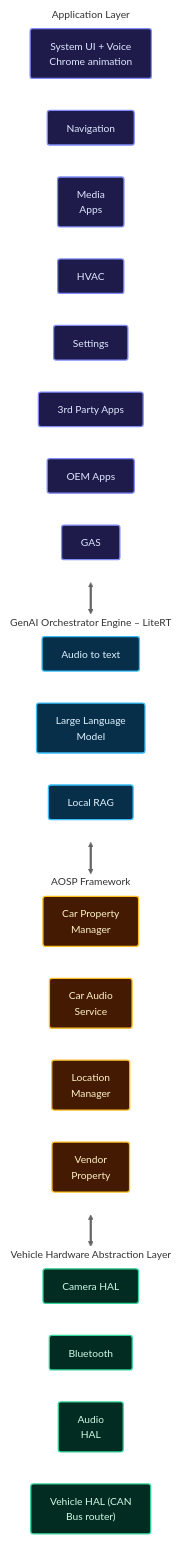
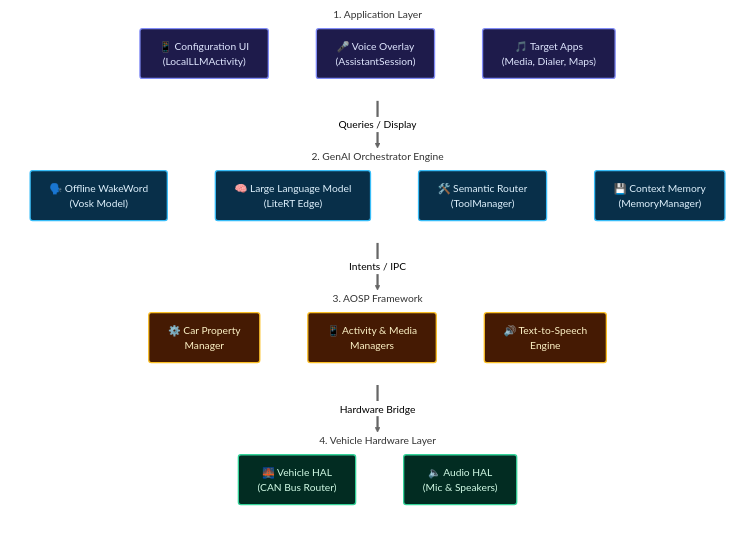
The first of 4 diagrams in ARCHITECTURE.md (hemangpandhi/ai-assistant), drawn with Mermaid (neutral theme) before and after one commit.

Commit message:
docs: fix vertical wrapping bug in mermaid diagram and accurately map project components

````diff
--- a/ARCHITECTURE.md
+++ b/ARCHITECTURE.md
@@ -11,51 +11,48 @@
 ```mermaid
 flowchart TD
     %% Styling to match modern dark-mode automotive interfaces
     classDef appBox fill:#1E1B4B,stroke:#818CF8,stroke-width:2px,color:#E0E7FF,rx:4px,ry:4px;
     classDef genaiBox fill:#082F49,stroke:#38BDF8,stroke-width:2px,color:#E0F2FE,rx:4px,ry:4px;
     classDef aospBox fill:#451A03,stroke:#FBBF24,stroke-width:2px,color:#FEF3C7,rx:4px,ry:4px;
     classDef halBox fill:#022C22,stroke:#34D399,stroke-width:2px,color:#D1FAE5,rx:4px,ry:4px;
     classDef layer fill:transparent,stroke-width:0px;
 
-    subgraph L1 ["Application Layer"]
+    subgraph L1 ["1. Application Layer"]
         direction LR
-        UI["System UI + Voice<br/>Chrome animation"]:::appBox
-        NAV["Navigation"]:::appBox
-        MEDIA["Media<br/>Apps"]:::appBox
-        HVAC["HVAC"]:::appBox
-        SET["Settings"]:::appBox
-        THIRD["3rd Party Apps"]:::appBox
-        OEM["OEM Apps"]:::appBox
-        GAS["GAS"]:::appBox
+        ACT["📱 Configuration UI<br/>(LocalLLMActivity)"]:::appBox
+        SESSION["🎤 Voice Overlay<br/>(AssistantSession)"]:::appBox
+        APPS["🎵 Target Apps<br/>(Media, Dialer, Maps)"]:::appBox
+        ACT ~~~ SESSION ~~~ APPS
     end
 
-    subgraph L2 ["GenAI Orchestrator Engine – LiteRT"]
+    subgraph L2 ["2. GenAI Orchestrator Engine"]
         direction LR
-        STT["Audio to text"]:::genaiBox
-        LLM["Large Language<br/>Model"]:::genaiBox
-        RAG["Local RAG"]:::genaiBox
+        VOSK["🗣️ Offline WakeWord<br/>(Vosk Model)"]:::genaiBox
+        LLM["🧠 Large Language Model<br/>(LiteRT Edge)"]:::genaiBox
+        TM["🛠️ Semantic Router<br/>(ToolManager)"]:::genaiBox
+        MEM["💾 Context Memory<br/>(MemoryManager)"]:::genaiBox
+        VOSK ~~~ LLM ~~~ TM ~~~ MEM
     end
 
-    subgraph L3 ["AOSP Framework"]
+    subgraph L3 ["3. AOSP Framework"]
         direction LR
-        CPM["Car Property<br/>Manager"]:::aospBox
-        CAS["Car Audio<br/>Service"]:::aospBox
-        LOC["Location<br/>Manager"]:::aospBox
-        VPROP["Vendor<br/>Property"]:::aospBox
+        CPM["⚙️ Car Property<br/>Manager"]:::aospBox
+        AM["📱 Activity & Media<br/>Managers"]:::aospBox
+        TTS["🔊 Text-to-Speech<br/>Engine"]:::aospBox
+        CPM ~~~ AM ~~~ TTS
     end
 
-    subgraph L4 ["Vehicle Hardware Abstraction Layer"]
+    subgraph L4 ["4. Vehicle Hardware Layer"]
         direction LR
-        CAM["Camera HAL"]:::halBox
-        BT["Bluetooth"]:::halBox
-        AHAL["Audio<br/>HAL"]:::halBox
-        VHAL["Vehicle HAL (CAN<br/>Bus router)"]:::halBox
+        VHAL["🌉 Vehicle HAL<br/>(CAN Bus Router)"]:::halBox
+        AUDIO["🔈 Audio HAL<br/>(Mic & Speakers)"]:::halBox
+        VHAL ~~~ AUDIO
     end
 
     %% Connections
-    L1 <==> L2
-    L2 <==> L3
-    L3 <==> L4
+    L1 ==>|"Queries / Display"| L2
+    L2 ==>|"Intents / IPC"| L3
+    L3 ==>|"Hardware Bridge"| L4
     
     class L1,L2,L3,L4 layer;
 ```
````
